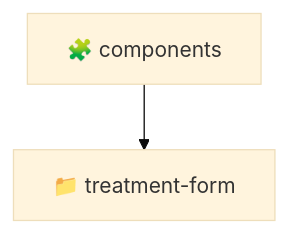
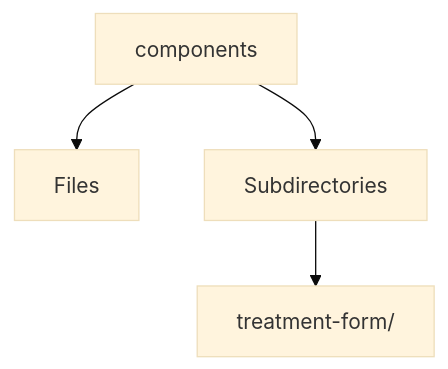
Before and after one commit to beginwebdev2002/fullstack-mavluda: the diagram in frontend/src/pages/treatments/components/README.md, drawn with Mermaid (base theme). The commit also changed other lines of this file and 167 other files, not shown here.

````diff
--- a/frontend/src/pages/treatments/components/README.md
+++ b/frontend/src/pages/treatments/components/README.md
@@ -11,5 +14,6 @@
 ```mermaid
 graph TD
-  components["🧩 components"]
-  components --> treatment_form["📁 treatment-form"]
+  components --> Files
+  components --> Subdirectories
+  Subdirectories --> treatment_form[treatment-form/]
 ```
````
